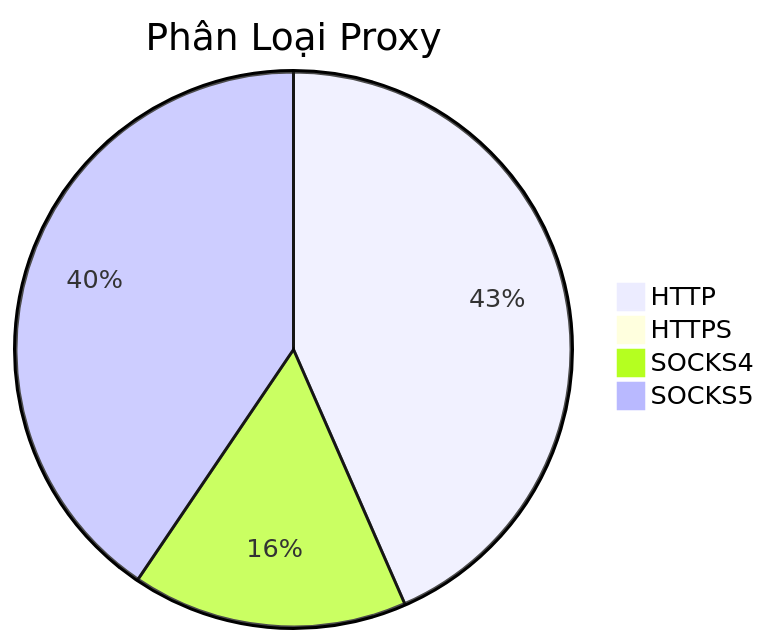
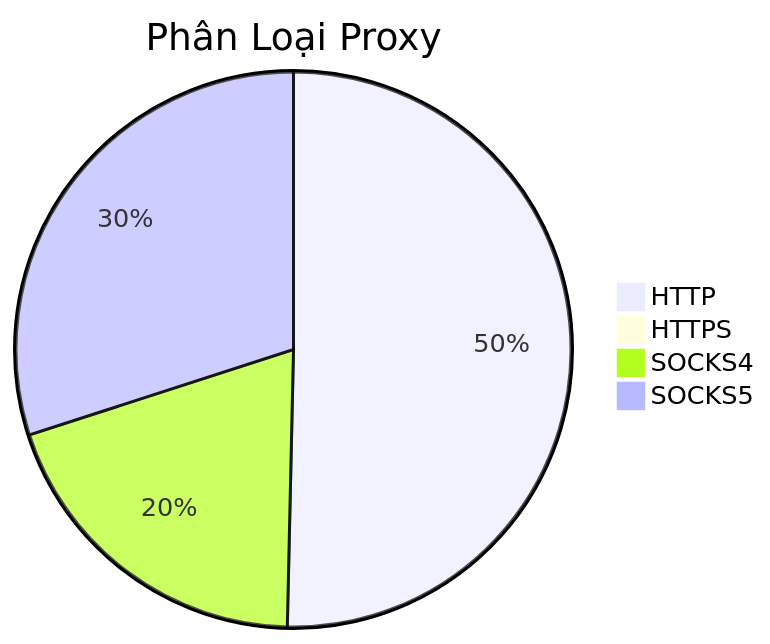
Before and after one commit to Ciara-Aa/PROXY-free: the diagram in README.md, drawn with Mermaid. The commit also changed other lines of this file and 4 other files, not shown here.

````diff
--- a/README.md
+++ b/README.md
@@ -26,7 +26,7 @@
 ```mermaid
 pie title Phân Loại Proxy
-    "HTTP" : 493
-    "HTTPS" : 2
-    "SOCKS4" : 182
-    "SOCKS5" : 460
+    "HTTP" : 425
+    "HTTPS" : 4
+    "SOCKS4" : 166
+    "SOCKS5" : 253
 ```
````
